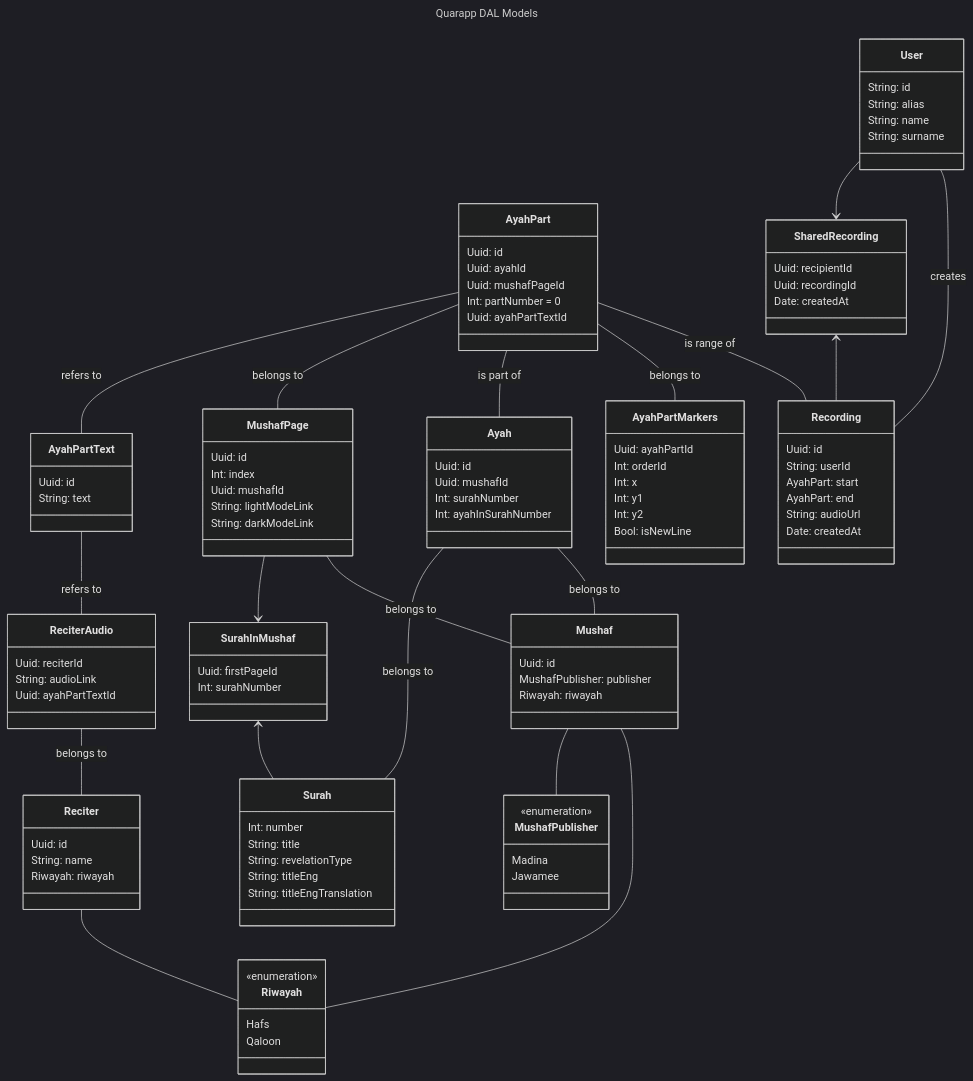
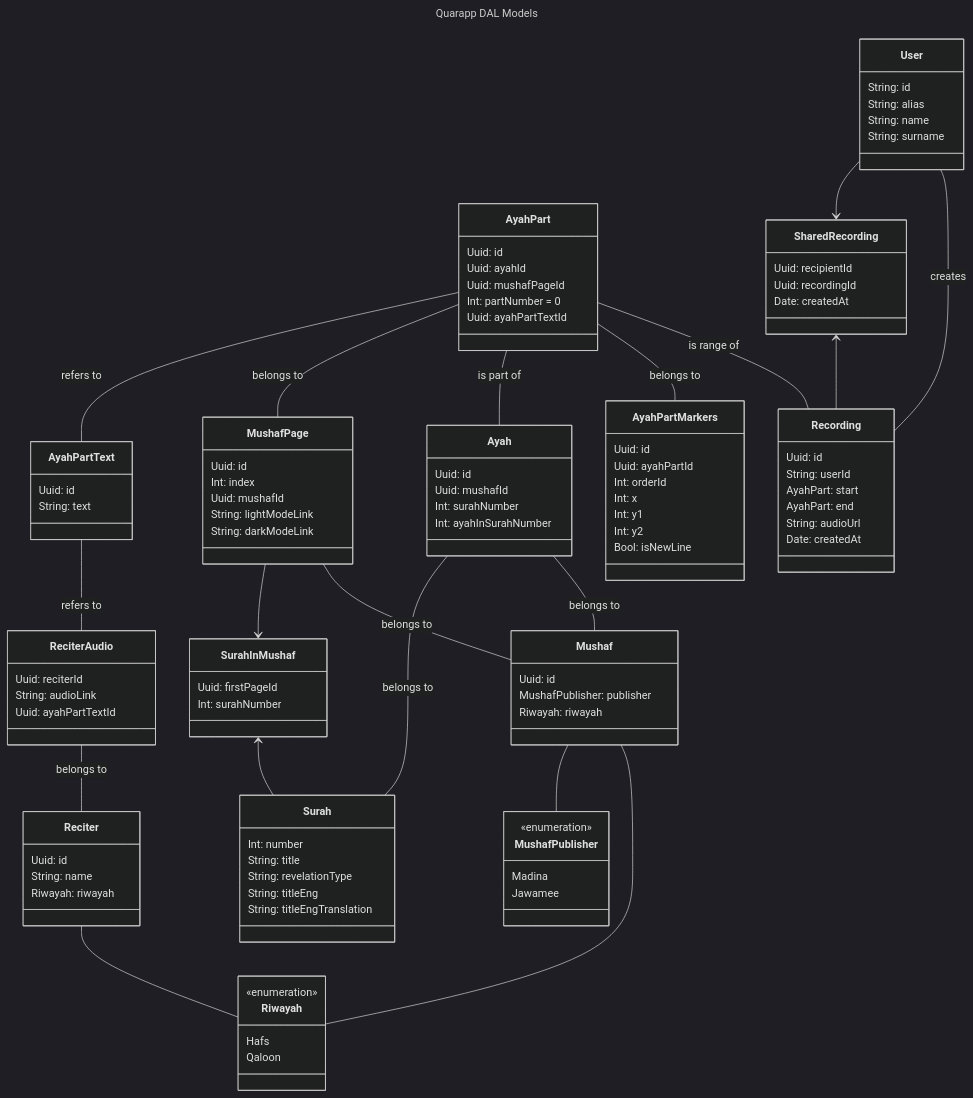
The diagram in models_mvp_v2.mmd (CrowdsourcingApps/QuaranApp_Backend), drawn with Mermaid (dark theme) before and after one commit. The commit also changed 9 other files, not shown here.

```diff
--- a/models_mvp_v2.mmd
+++ b/models_mvp_v2.mmd
@@ -1,109 +1,110 @@
 ---
 title: Quarapp DAL Models
 ---
 classDiagram
 class Riwayah {
     <<enumeration>>
     Hafs
     Qaloon
 }
 class MushafPublisher {
     <<enumeration>>
     Madina
     Jawamee
 }
 class User {
     String: id
     String: alias
     String: name
     String: surname
 }
 class Mushaf {
     Uuid: id
     MushafPublisher: publisher
     Riwayah: riwayah
 }
 class Surah {
     Int: number
     String: title
     String: revelationType
     String: titleEng
     String: titleEngTranslation
 }
 class MushafPage {
     Uuid: id
     Int: index
     Uuid: mushafId
     String: lightModeLink
     String: darkModeLink
 }
 class Ayah {
     Uuid: id
     Uuid: mushafId
     Int: surahNumber
     Int: ayahInSurahNumber
 }
 class AyahPart {
     Uuid: id
     Uuid: ayahId
     Uuid: mushafPageId
     Int: partNumber = 0
     Uuid: ayahPartTextId
 }
 class SurahInMushaf {
     Uuid: firstPageId
     Int: surahNumber
 }
 class Recording {
     Uuid: id
     String: userId
     AyahPart: start
     AyahPart: end 
     String: audioUrl
     Date: createdAt
 }
 class SharedRecording {
     Uuid: recipientId
     Uuid: recordingId
     Date: createdAt
 }
 class AyahPartMarkers {
+    Uuid: id
     Uuid: ayahPartId
     Int: orderId
     Int: x
     Int: y1
     Int: y2
     Bool: isNewLine
 }
 class Reciter {
     Uuid: id
     String: name
     Riwayah: riwayah
 }
 class ReciterAudio {
     Uuid: reciterId
     String: audioLink
     Uuid: ayahPartTextId
 }
 class AyahPartText {
     Uuid: id
     String: text
 }
 User -- Recording: creates
 User --> SharedRecording
 SharedRecording <-- Recording
 AyahPart -- Recording: is range of
 AyahPart -- AyahPartMarkers: belongs to
 AyahPart -- Ayah: is part of
 AyahPart -- MushafPage: belongs to
 AyahPart -- AyahPartText: refers to
 Ayah -- Mushaf: belongs to
 Ayah -- Surah: belongs to
 MushafPage -- Mushaf: belongs to
 MushafPage --> SurahInMushaf
 SurahInMushaf <-- Surah
 ReciterAudio -- Reciter: belongs to
 AyahPartText -- ReciterAudio: refers to
 Reciter -- Riwayah
 Mushaf -- Riwayah
 Mushaf -- MushafPublisher
```
